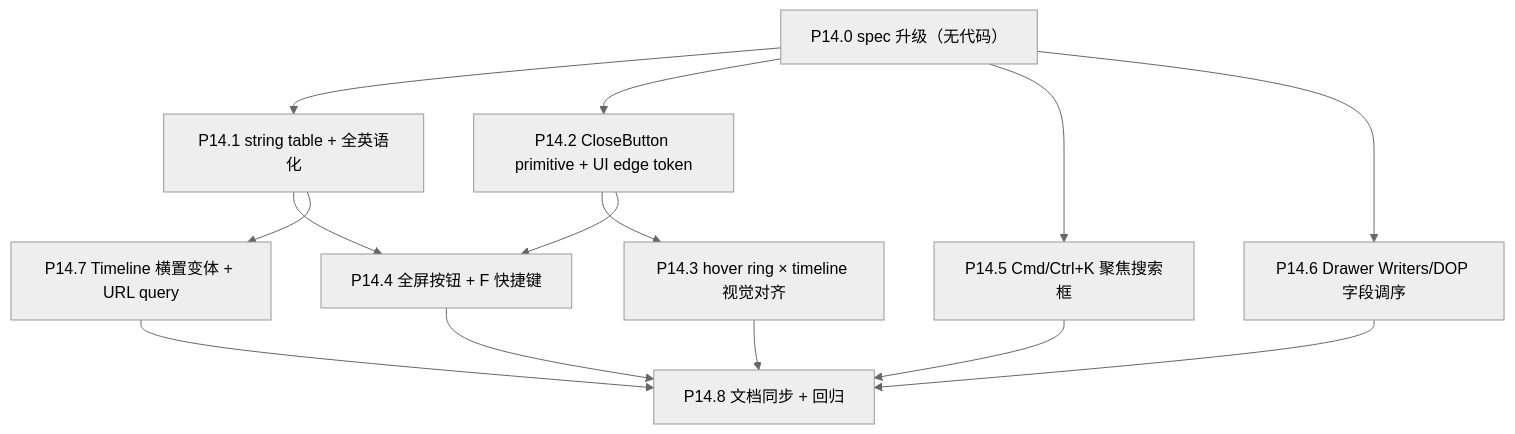
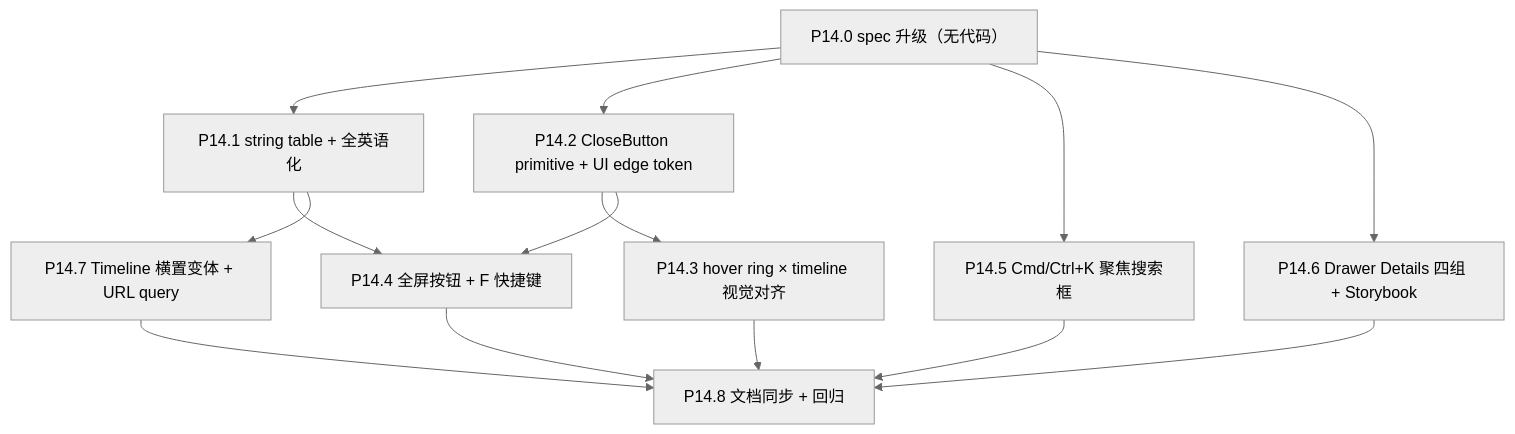
The diagram in .cursor/plans/phase_14_hud_polish_ed74e27e.plan.md (XYBuilds/chronicle_v3_3d_galaxy), drawn with Mermaid (neutral theme) before and after one commit. The commit also changed other lines of this file, not shown here.

First line of the commit message:
docs(phase14): update HUD/UI polish plan with detailed Drawer Details structure and Storybook coverage

````diff
--- a/.cursor/plans/phase_14_hud_polish_ed74e27e.plan.md
+++ b/.cursor/plans/phase_14_hud_polish_ed74e27e.plan.md
@@ -73,26 +75,26 @@
 ```mermaid
 flowchart TD
     P140["P14.0 spec 升级（无代码）"]
     P141["P14.1 string table + 全英语化"]
     P142["P14.2 CloseButton primitive + UI edge token"]
     P143["P14.3 hover ring × timeline 视觉对齐"]
     P144["P14.4 全屏按钮 + F 快捷键"]
     P145["P14.5 Cmd/Ctrl+K 聚焦搜索框"]
-    P146["P14.6 Drawer Writers/DOP 字段调序"]
+    P146["P14.6 Drawer Details 四组 + Storybook"]
     P147["P14.7 Timeline 横置变体 + URL query"]
     P148["P14.8 文档同步 + 回归"]
 
     P140 --> P141
     P140 --> P142
     P140 --> P145
     P140 --> P146
     P142 --> P143
     P141 --> P144
     P142 --> P144
     P141 --> P147
     P143 --> P148
     P144 --> P148
     P145 --> P148
     P146 --> P148
     P147 --> P148
 ```
````
